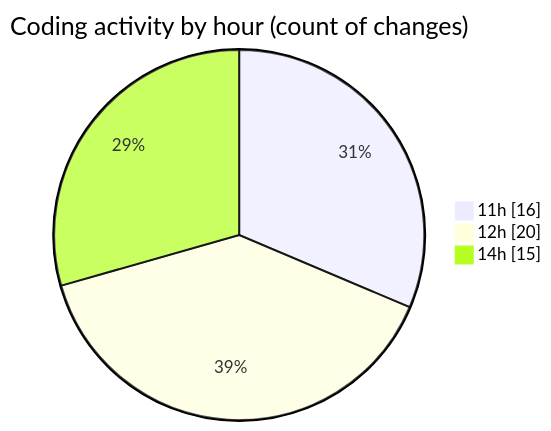
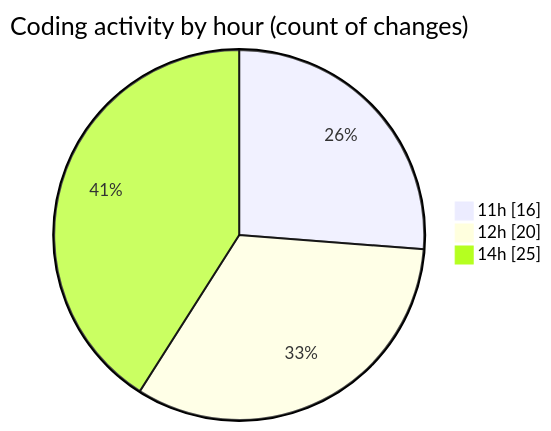
One commit to Netris89/code-tracking changed the second of 2 diagrams in 2025-03-26/back-end/README.md. Above: the diagram before and after it, drawn with Mermaid. The commit also changed other lines of this file and 1 other file, not shown here.

````diff
--- a/2025-03-26/back-end/README.md
+++ b/2025-03-26/back-end/README.md
@@ -53,7 +53,7 @@
 ```mermaid
 pie showData
 title Coding activity by hour (count of changes)
 "11h" : 16
 "12h" : 20
-"14h" : 15
+"14h" : 25
 ```
````
